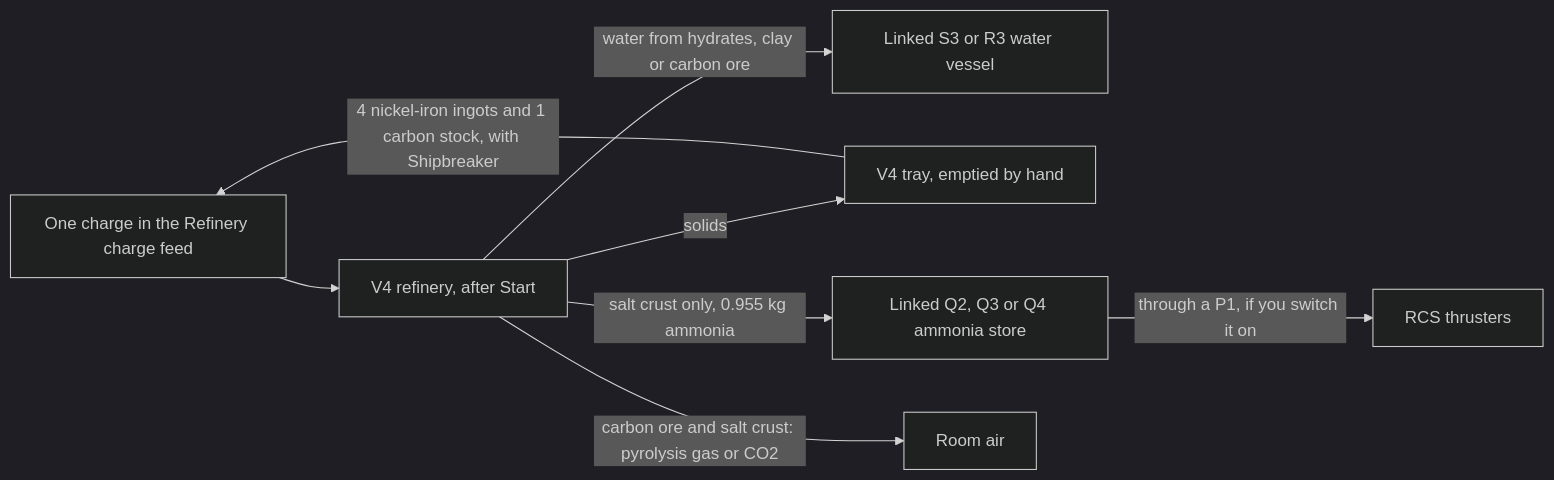
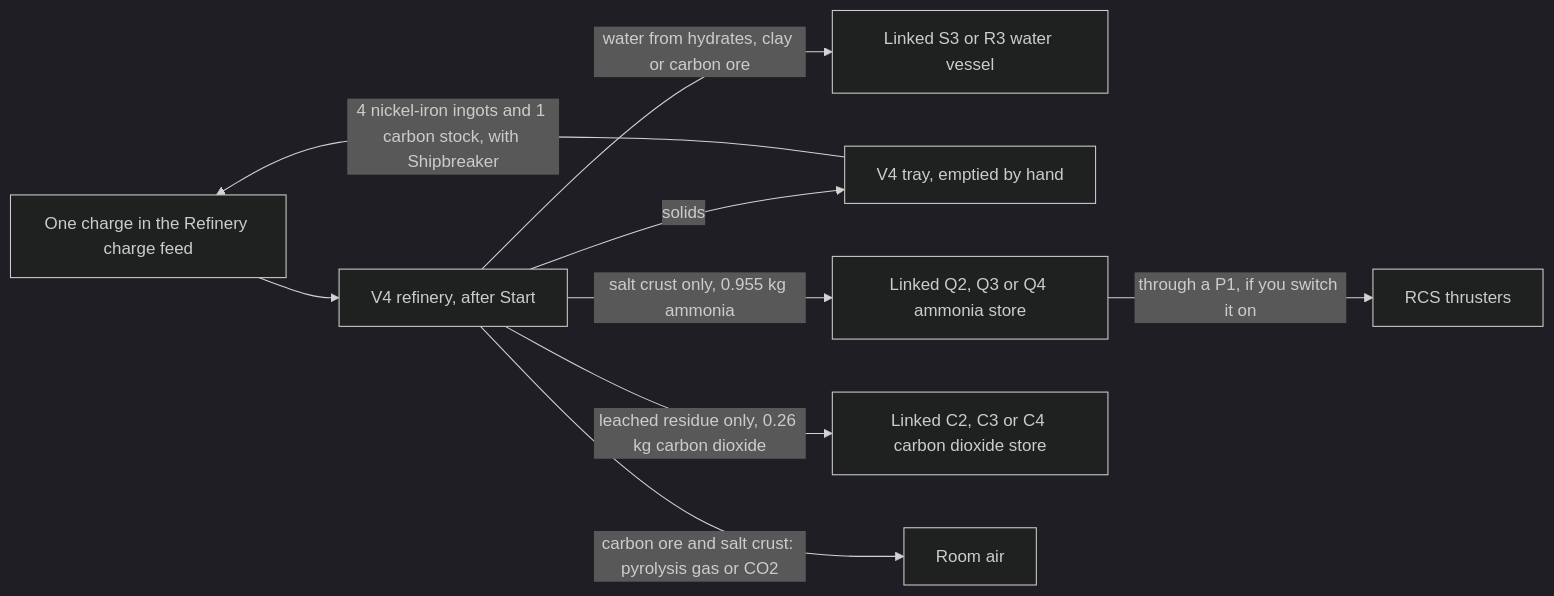
One commit to phobos-dthorga/phobos-ostranauts changed the first of 5 diagrams in docs/manufacturing-player-guide.md. Above: the diagram before and after it, drawn with Mermaid (dark theme). The commit also changed other lines of this file and 90 other files, not shown here.

````diff
--- a/docs/manufacturing-player-guide.md
+++ b/docs/manufacturing-player-guide.md
@@ -68,10 +73,11 @@
 ```mermaid
 flowchart LR
     Feed["One charge in the Refinery charge feed"] --> V4["V4 refinery, after Start"]
     V4 -->|water from hydrates, clay or carbon ore| Vessel["Linked S3 or R3 water vessel"]
     V4 -->|solids| Tray["V4 tray, emptied by hand"]
     V4 -->|salt crust only, 0.955 kg ammonia| Store["Linked Q2, Q3 or Q4 ammonia store"]
+    V4 -->|leached residue only, 0.26 kg carbon dioxide| C2["Linked C2, C3 or C4 carbon dioxide store"]
     V4 -->|carbon ore and salt crust: pyrolysis gas or CO2| Room["Room air"]
     Store -->|through a P1, if you switch it on| RCS["RCS thrusters"]
     Tray -->|4 nickel-iron ingots and 1 carbon stock, with Shipbreaker| Feed
 ```
````
